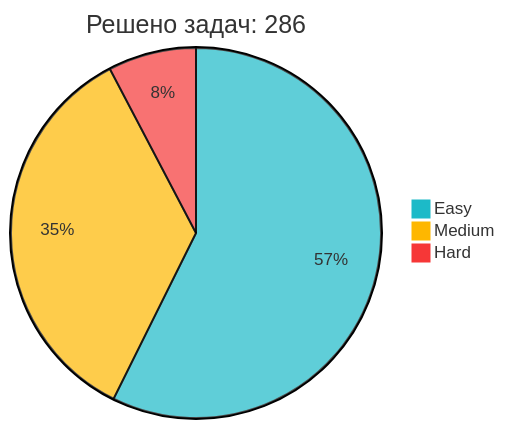
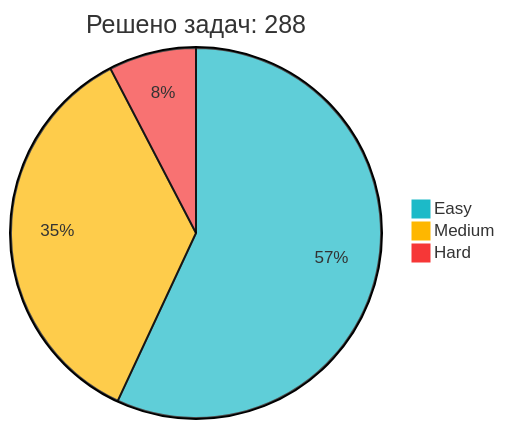
Before and after one commit to IliaKurdukov/IliaKurdukov: the diagram in README.md, drawn with Mermaid. The commit also changed other lines of this file, not shown here.

Commit message:
📈 Обновление статистики LeetCode

````diff
--- a/README.md
+++ b/README.md
@@ -51,7 +51,7 @@
 ```mermaid
 %%{init: {'theme': 'base', 'themeVariables': { 'pie1': '#1CBAC8', 'pie2': '#FEB700', 'pie3': '#F63737' }, 'config': {'width': 300, 'height': 200}}}%%
-pie title Решено задач: 286
+pie title Решено задач: 288
    "Easy" : 164
-   "Medium" : 100
+   "Medium" : 102
    "Hard" : 22
 ```
````
